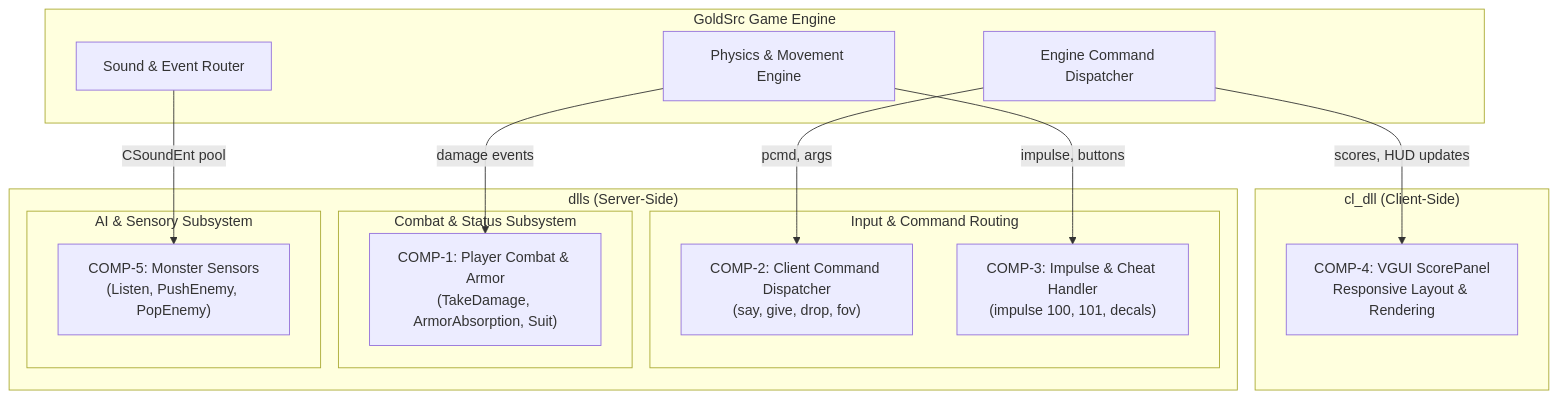
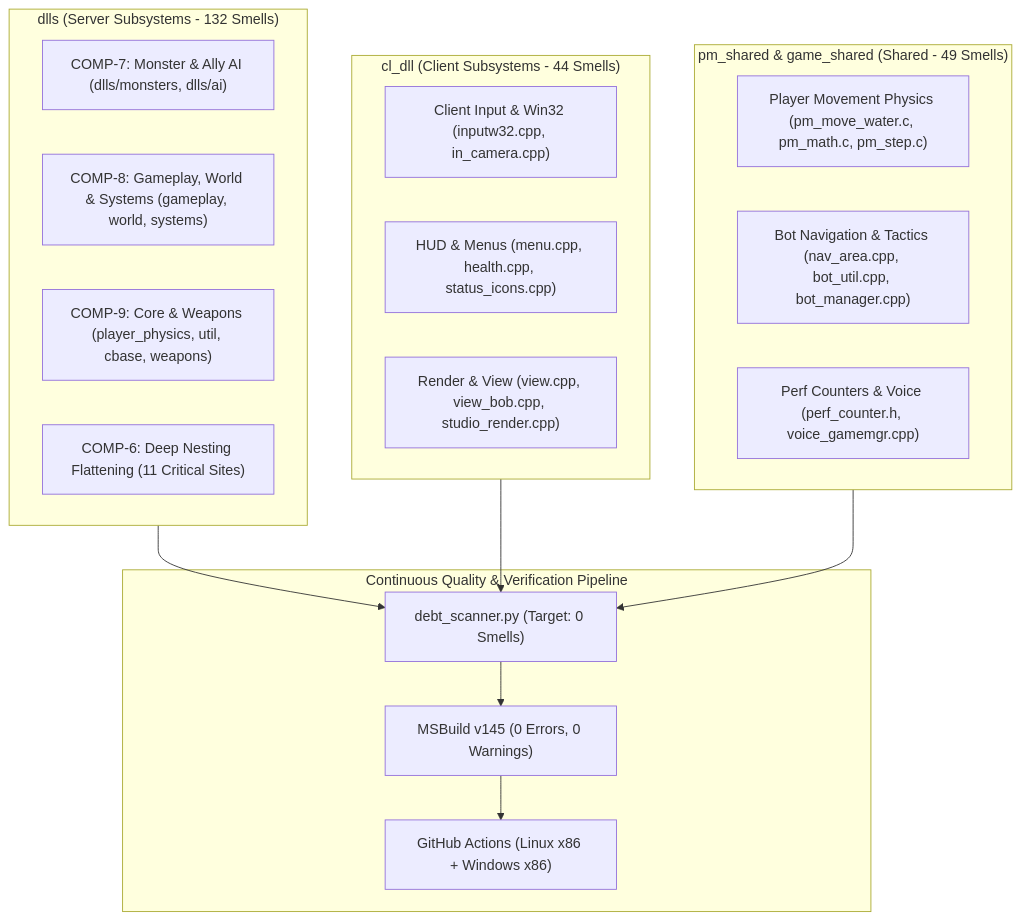
One commit to urgorri/halflife-refactored changed the first of 2 diagrams in PLAN_DESIGN.md. Above: the diagram before and after it, drawn with Mermaid. The commit also changed other lines of this file and 119 other files, not shown here.

````diff
--- a/PLAN_DESIGN.md
+++ b/PLAN_DESIGN.md
@@ -25,38 +31,33 @@
 ```mermaid
 flowchart TD
-    subgraph Engine ["GoldSrc Game Engine"]
-        ENG_CMD["Engine Command Dispatcher"]
-        ENG_PHYS["Physics & Movement Engine"]
-        ENG_SND["Sound & Event Router"]
+    subgraph QualityGate ["Continuous Quality & Verification Pipeline"]
+        SCAN["debt_scanner.py (Target: 0 Smells)"]
+        MSBUILD["MSBuild v145 (0 Errors, 0 Warnings)"]
+        CI["GitHub Actions (Linux x86 + Windows x86)"]
     end
 
-    subgraph ClientDLL ["cl_dll (Client-Side)"]
-        COMP4["COMP-4: VGUI ScorePanel
-Responsive Layout & Rendering"]
+    subgraph ClientScope ["cl_dll (Client Subsystems - 44 Smells)"]
+        COMP10A["Client Input & Win32 (inputw32.cpp, in_camera.cpp)"]
+        COMP10B["HUD & Menus (menu.cpp, health.cpp, status_icons.cpp)"]
+        COMP10C["Render & View (view.cpp, view_bob.cpp, studio_render.cpp)"]
     end
 
-    subgraph ServerDLL ["dlls (Server-Side)"]
-        subgraph InputPipeline ["Input & Command Routing"]
-            COMP2["COMP-2: Client Command Dispatcher
-(say, give, drop, fov)"]
-            COMP3["COMP-3: Impulse & Cheat Handler
-(impulse 100, 101, decals)"]
-        end
-
-        subgraph CombatSystem ["Combat & Status Subsystem"]
-            COMP1["COMP-1: Player Combat & Armor
-(TakeDamage, ArmorAbsorption, Suit)"]
-        end
-
-        subgraph AISystem ["AI & Sensory Subsystem"]
-            COMP5["COMP-5: Monster Sensors
-(Listen, PushEnemy, PopEnemy)"]
-        end
+    subgraph SharedScope ["pm_shared & game_shared (Shared - 49 Smells)"]
+        COMP11A["Player Movement Physics (pm_move_water.c, pm_math.c, pm_step.c)"]
+        COMP11B["Bot Navigation & Tactics (nav_area.cpp, bot_util.cpp, bot_manager.cpp)"]
+        COMP11C["Perf Counters & Voice (perf_counter.h, voice_gamemgr.cpp)"]
     end
 
-    ENG_CMD -->|pcmd, args| COMP2
-    ENG_PHYS -->|impulse, buttons| COMP3
-    ENG_PHYS -->|damage events| COMP1
-    ENG_SND -->|CSoundEnt pool| COMP5
-    ENG_CMD -->|scores, HUD updates| COMP4
+    subgraph ServerScope ["dlls (Server Subsystems - 132 Smells)"]
+        COMP7["COMP-7: Monster & Ally AI (dlls/monsters, dlls/ai)"]
+        COMP8["COMP-8: Gameplay, World & Systems (gameplay, world, systems)"]
+        COMP9["COMP-9: Core & Weapons (player_physics, util, cbase, weapons)"]
+        COMP6["COMP-6: Deep Nesting Flattening (11 Critical Sites)"]
+    end
+
+    ServerScope --> SCAN
+    ClientScope --> SCAN
+    SharedScope --> SCAN
+    SCAN --> MSBUILD
+    MSBUILD --> CI
 ```
````
